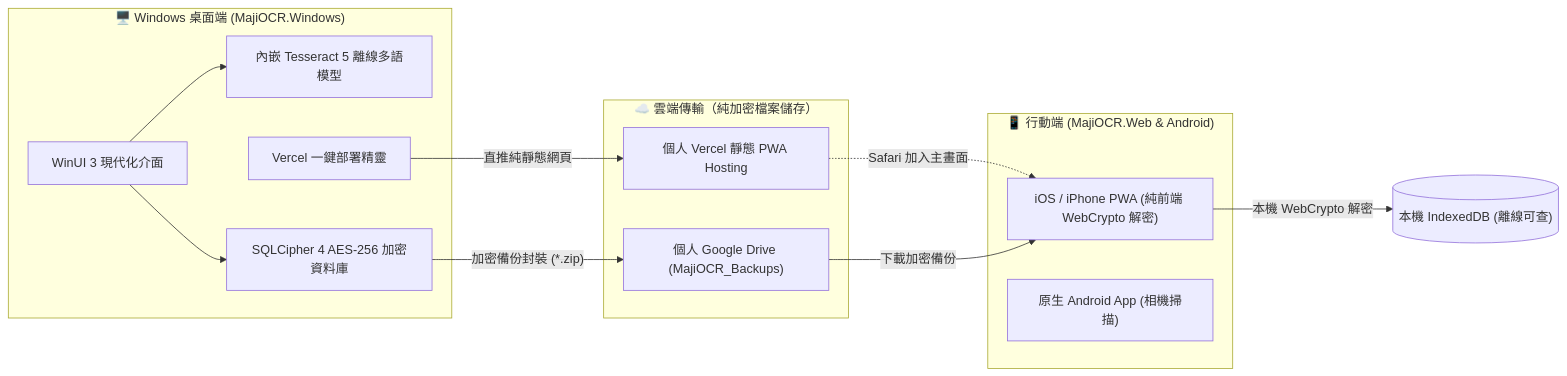
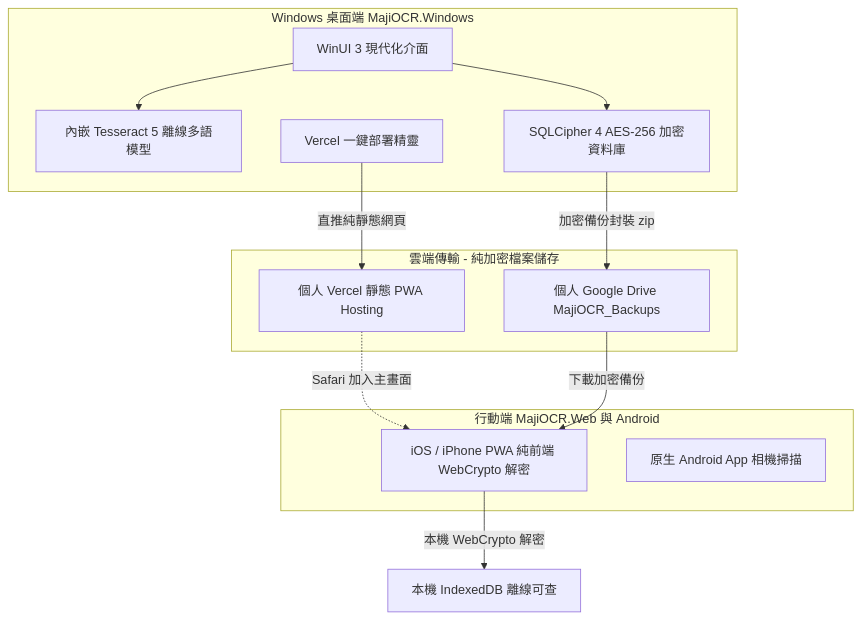
Before and after one commit to Ryan-tw-Hans/MajiStudio: the diagram in README.md, drawn with Mermaid. The commit also changed 11 other files, not shown here.

Commit message:
fix(ISSUE-0045): 修復文字欄位 Ctrl+V 貼上文字誤觸貼上圖片提示與優化 README Mermaid 渲染，發布 v0.1.0.25

````diff
--- a/README.md
+++ b/README.md
@@ -17,27 +17,27 @@
 ```mermaid
-flowchart LR
-    subgraph Desktop ["🖥️ Windows 桌面端 (MajiOCR.Windows)"]
-        WinUI["WinUI 3 現代化介面"]
-        Tess["內嵌 Tesseract 5 離線多語模型"]
-        SQLCipher["SQLCipher 4 AES-256 加密資料庫"]
-        DeployWizard["Vercel 一鍵部署精靈"]
+graph TD
+    subgraph Desktop [Windows 桌面端 MajiOCR.Windows]
+        WinUI[WinUI 3 現代化介面]
+        Tess[內嵌 Tesseract 5 離線多語模型]
+        SQLCipher[SQLCipher 4 AES-256 加密資料庫]
+        DeployWizard[Vercel 一鍵部署精靈]
     end
 
-    subgraph Cloud ["☁️ 雲端傳輸（純加密檔案儲存）"]
-        GDrive["個人 Google Drive (MajiOCR_Backups)"]
-        Vercel["個人 Vercel 靜態 PWA Hosting"]
+    subgraph Cloud [雲端傳輸 - 純加密檔案儲存]
+        GDrive[個人 Google Drive MajiOCR_Backups]
+        Vercel[個人 Vercel 靜態 PWA Hosting]
     end
 
-    subgraph Mobile ["📱 行動端 (MajiOCR.Web & Android)"]
-        PWA["iOS / iPhone PWA (純前端 WebCrypto 解密)"]
-        AndroidApp["原生 Android App (相機掃描)"]
+    subgraph Mobile [行動端 MajiOCR.Web 與 Android]
+        PWA[iOS / iPhone PWA 純前端 WebCrypto 解密]
+        AndroidApp[原生 Android App 相機掃描]
     end
 
     WinUI --> Tess
     WinUI --> SQLCipher
-    SQLCipher -- "加密備份封裝 (*.zip)" --> GDrive
-    DeployWizard -- "直推純靜態網頁" --> Vercel
-    Vercel -. "Safari 加入主畫面" .-> PWA
-    GDrive -- "下載加密備份" --> PWA
-    PWA -- "本機 WebCrypto 解密" --> IndexedDB[("本機 IndexedDB (離線可查)")]
+    SQLCipher -->|加密備份封裝 zip| GDrive
+    DeployWizard -->|直推純靜態網頁| Vercel
+    Vercel -.->|Safari 加入主畫面| PWA
+    GDrive -->|下載加密備份| PWA
+    PWA -->|本機 WebCrypto 解密| IndexedDB[本機 IndexedDB 離線可查]
 ```
````
